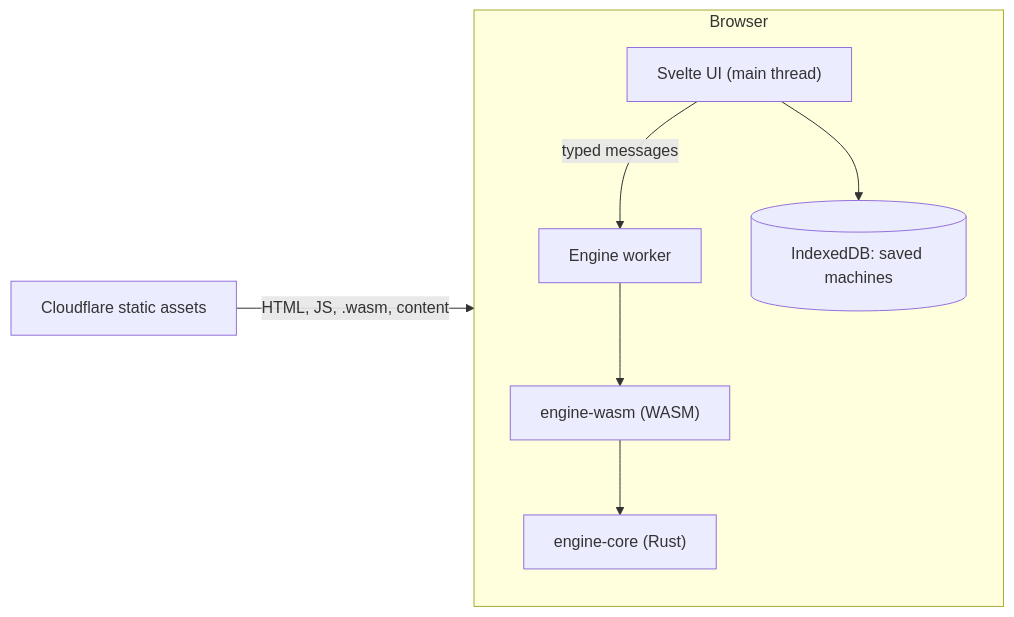
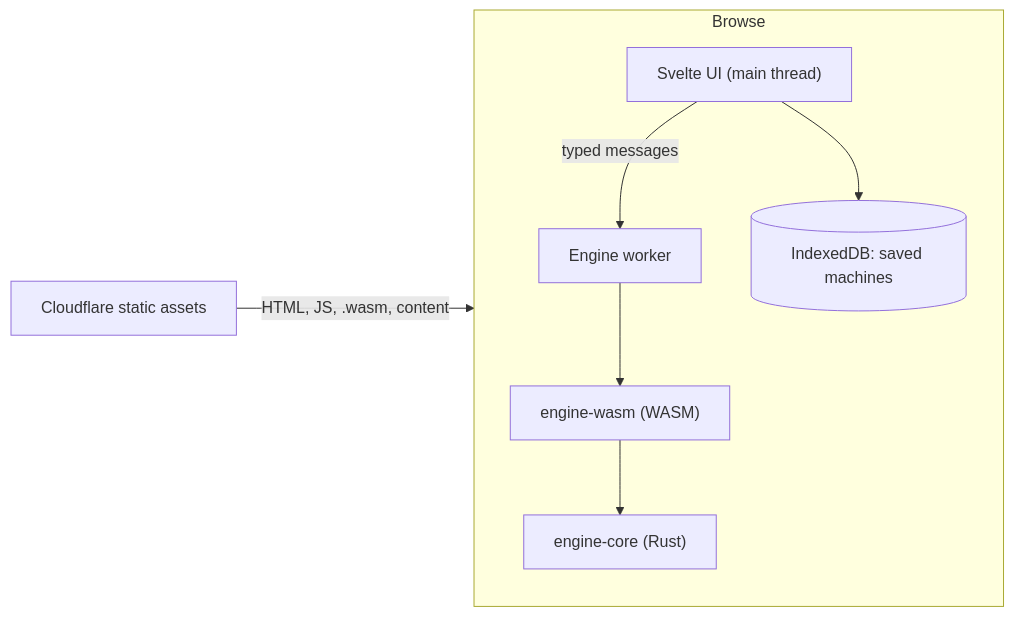
One commit to AldebaranHere/webtomata changed the diagram in docs/ARCHITECTURE.md. Above: the diagram before and after it, drawn with Mermaid. The commit also changed other lines of this file and 14 other files, not shown here.

````diff
--- a/docs/ARCHITECTURE.md
+++ b/docs/ARCHITECTURE.md
@@ -5,10 +5,10 @@
 ```mermaid
 flowchart LR
-  subgraph Browser
+  subgraph Browse
     UI["Svelte UI (main thread)"] -- "typed messages" --> W["Engine worker"]
     W --> E["engine-wasm (WASM)"]
     E --> C["engine-core (Rust)"]
     UI --> S[("IndexedDB: saved machines")]
   end
-  CDN["Cloudflare static assets"] -- "HTML, JS, .wasm, content" --> Browser
+  CDN["Cloudflare static assets"] -- "HTML, JS, .wasm, content" --> Browse
 ```
````
